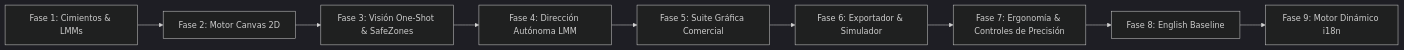
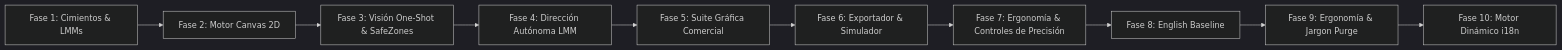
One commit to jrmurillom/YText-Studio changed the diagram in docs/ROADMAP.md. Above: the diagram before and after it, drawn with Mermaid (dark theme). The commit also changed other lines of this file and 17 other files, not shown here.

Commit message:
feat(fase-9): viewport ergonomics, jargon purge, title immutability and configurable proposals

````diff
--- a/docs/ROADMAP.md
+++ b/docs/ROADMAP.md
@@ -36,11 +37,12 @@
 ```mermaid
 flowchart LR
     Fase1["Fase 1: Cimientos & LMMs"] --> Fase2["Fase 2: Motor Canvas 2D"]
     Fase2 --> Fase3["Fase 3: Visión One-Shot & SafeZones"]
     Fase3 --> Fase4["Fase 4: Dirección Autónoma LMM"]
     Fase4 --> Fase5["Fase 5: Suite Gráfica Comercial"]
     Fase5 --> Fase6["Fase 6: Exportador & Simulador"]
     Fase6 --> Fase7["Fase 7: Ergonomía & Controles de Precisión"]
     Fase7 --> Fase8["Fase 8: English Baseline"]
-    Fase8 --> Fase9["Fase 9: Motor Dinámico i18n"]
+    Fase8 --> Fase9["Fase 9: Ergonomía & Jargon Purge"]
+    Fase9 --> Fase10["Fase 10: Motor Dinámico i18n"]
 ```
````
